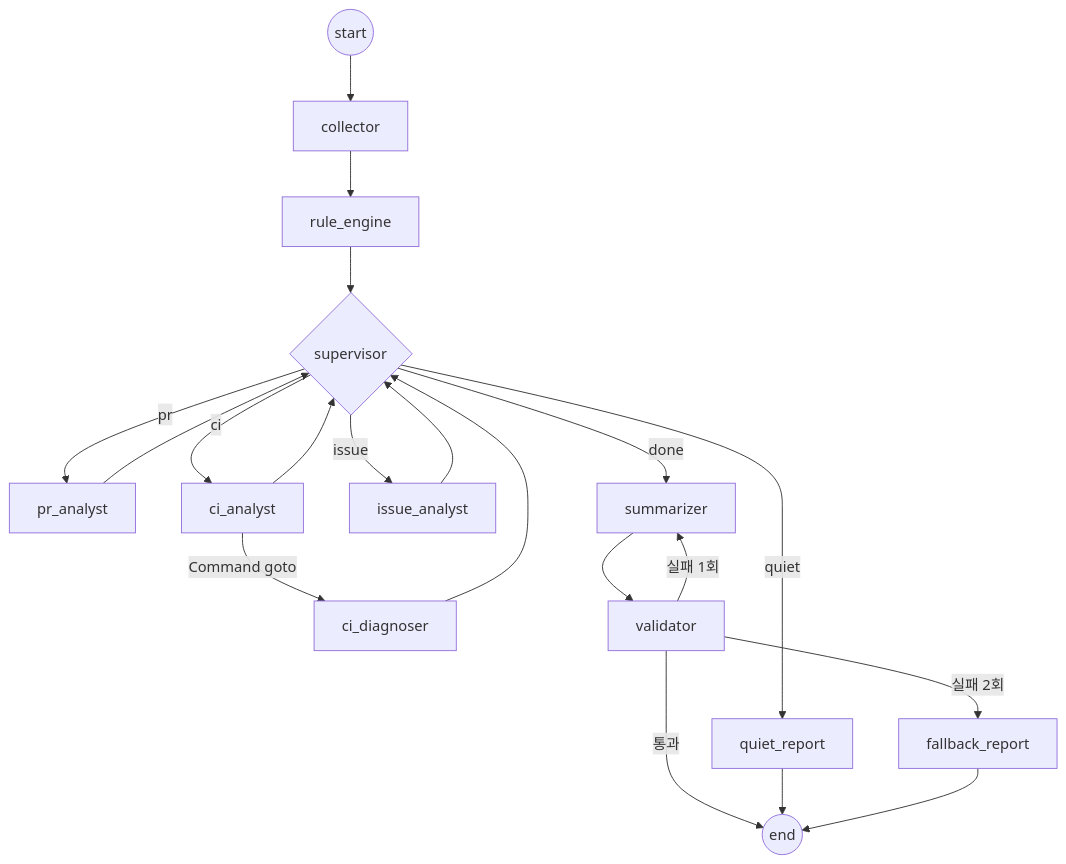
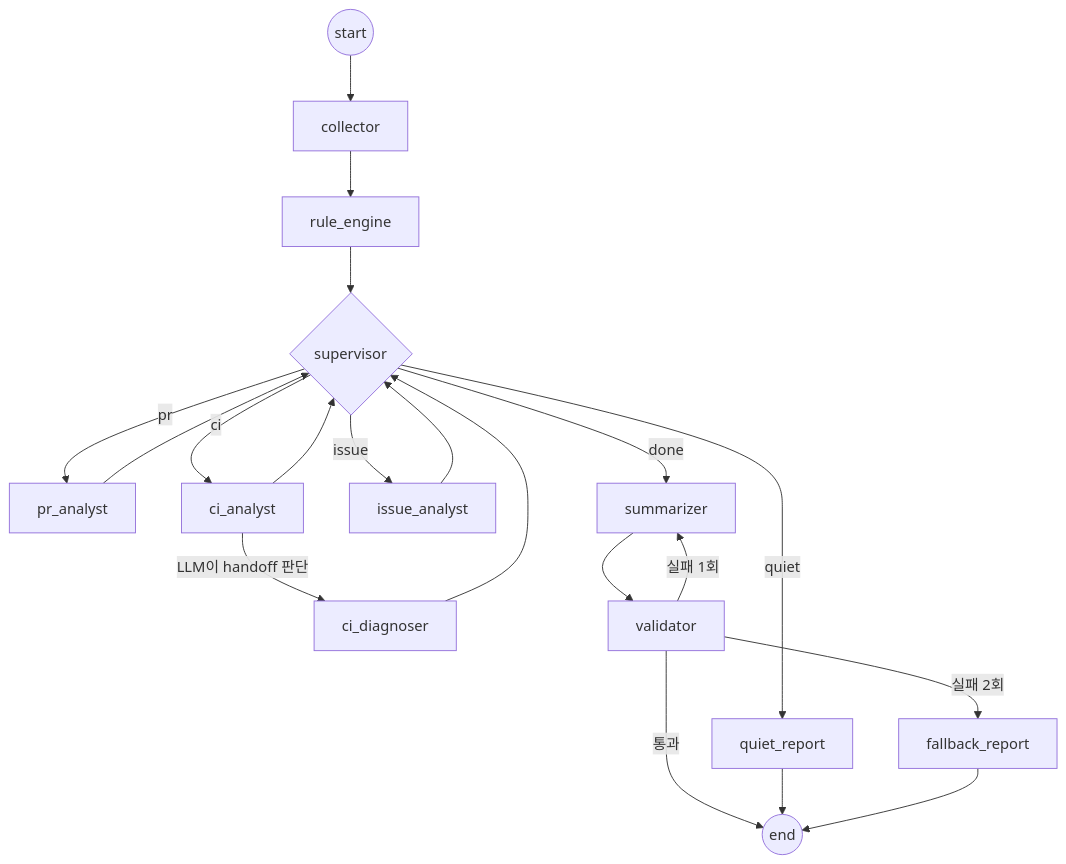
One commit to haedeuncha/team-pm-agent changed the diagram in docs/AGENTS.md. Above: the diagram before and after it, drawn with Mermaid. The commit also changed other lines of this file and 52 other files, not shown here.

````diff
--- a/docs/AGENTS.md
+++ b/docs/AGENTS.md
@@ -9,22 +11,22 @@
 ```mermaid
 flowchart TD
   START((start)) --> collector
   collector --> rules[rule_engine]
   rules --> supervisor{supervisor}
   supervisor -->|pr| pr_analyst
   supervisor -->|ci| ci_analyst
   supervisor -->|issue| issue_analyst
   supervisor -->|done| summarizer
   supervisor -->|quiet| quiet_report
   pr_analyst --> supervisor
   issue_analyst --> supervisor
-  ci_analyst -->|Command goto| ci_diagnoser
+  ci_analyst -->|LLM이 handoff 판단| ci_diagnoser
   ci_analyst --> supervisor
   ci_diagnoser --> supervisor
   summarizer --> validator
   validator -->|통과| END((end))
   validator -->|실패 1회| summarizer
   validator -->|실패 2회| fallback_report
   quiet_report --> END
   fallback_report --> END
 ```
````
